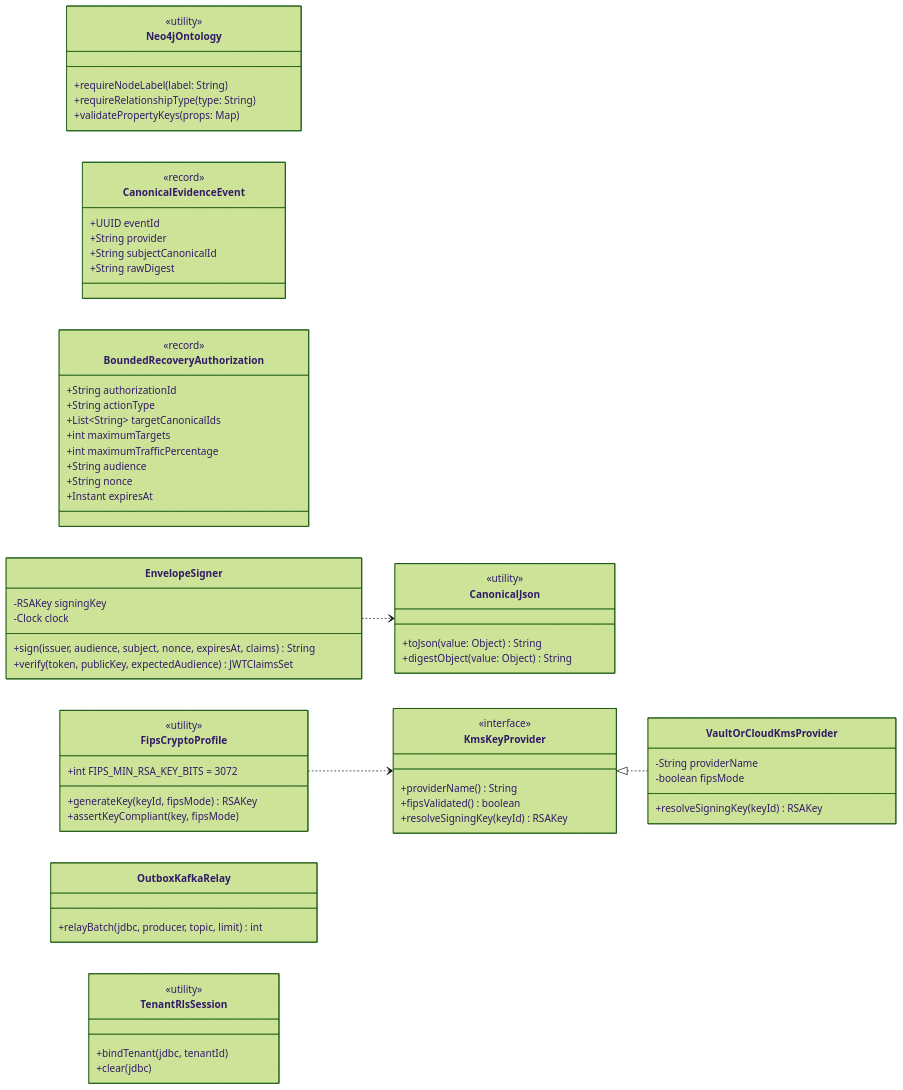
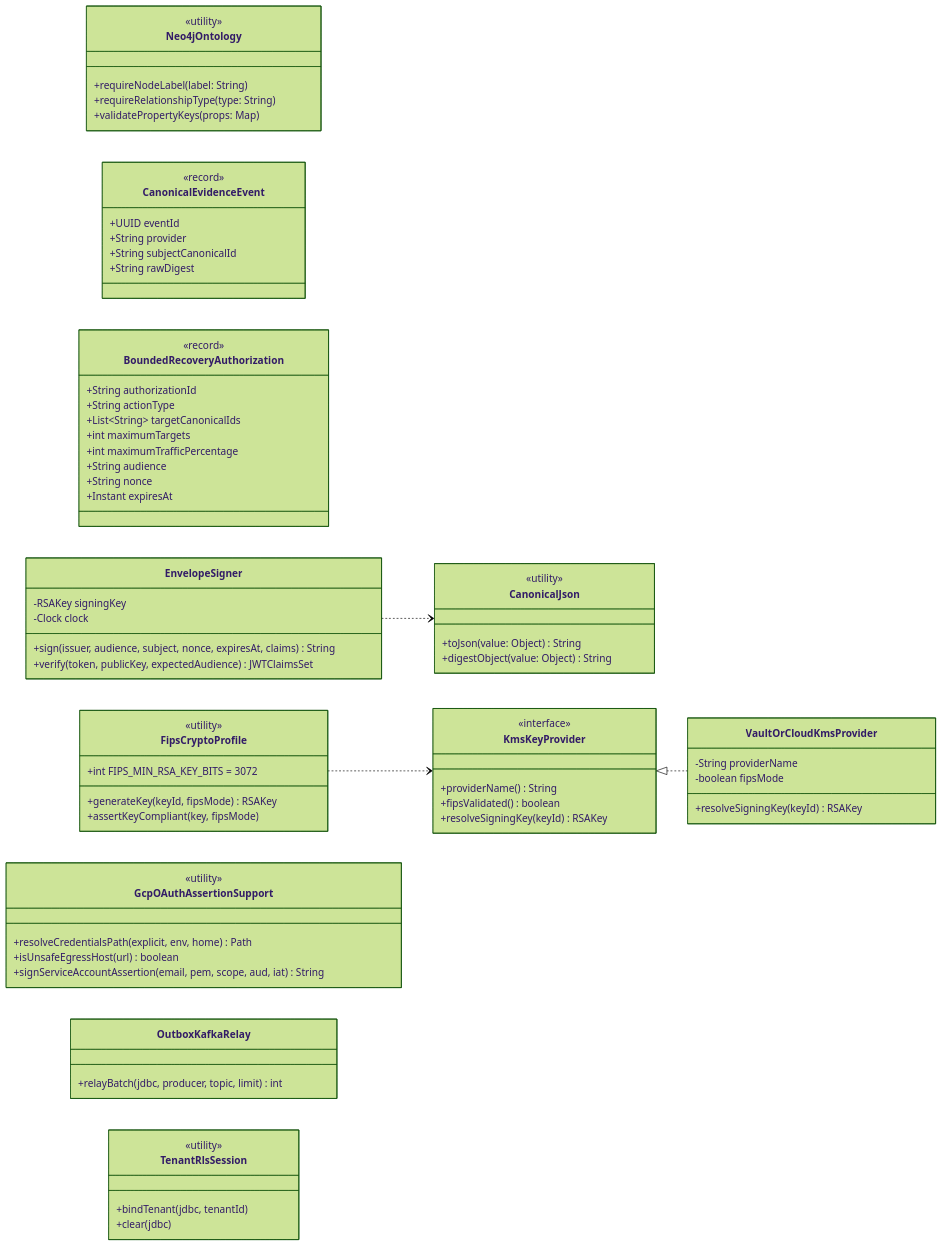
Before and after one commit to fenoch4real/uacrf-unified-adaptive-cloud-resilience-framework: the first of 6 diagrams in docs/diagrams/CLASS_DIAGRAMS.md, drawn with Mermaid (forest theme). The commit also changed other lines of this file and 4 other files, not shown here.

Commit message:
docs: align service specs, class diagrams, and README heading casing with current GCP & agent implementation

````diff
--- a/docs/diagrams/CLASS_DIAGRAMS.md
+++ b/docs/diagrams/CLASS_DIAGRAMS.md
@@ -10,68 +10,74 @@
 ```mermaid
 classDiagram
     direction LR
     class Neo4jOntology {
         <<utility>>
         +requireNodeLabel(label: String)
         +requireRelationshipType(type: String)
         +validatePropertyKeys(props: Map)
     }
     class CanonicalEvidenceEvent {
         <<record>>
         +UUID eventId
         +String provider
         +String subjectCanonicalId
         +String rawDigest
     }
     class BoundedRecoveryAuthorization {
         <<record>>
         +String authorizationId
         +String actionType
         +List~String~ targetCanonicalIds
         +int maximumTargets
         +int maximumTrafficPercentage
         +String audience
         +String nonce
         +Instant expiresAt
     }
     class CanonicalJson {
         <<utility>>
         +toJson(value: Object) String
         +digestObject(value: Object) String
     }
     class EnvelopeSigner {
         -RSAKey signingKey
         -Clock clock
         +sign(issuer, audience, subject, nonce, expiresAt, claims) String
         +verify(token, publicKey, expectedAudience) JWTClaimsSet
     }
     class FipsCryptoProfile {
         <<utility>>
         +int FIPS_MIN_RSA_KEY_BITS = 3072
         +generateKey(keyId, fipsMode) RSAKey
         +assertKeyCompliant(key, fipsMode)
     }
+    class GcpOAuthAssertionSupport {
+        <<utility>>
+        +resolveCredentialsPath(explicit, env, home) Path
+        +isUnsafeEgressHost(url) boolean
+        +signServiceAccountAssertion(email, pem, scope, aud, iat) String
+    }
     class KmsKeyProvider {
         <<interface>>
         +providerName() String
         +fipsValidated() boolean
         +resolveSigningKey(keyId) RSAKey
     }
     class VaultOrCloudKmsProvider {
         -String providerName
         -boolean fipsMode
         +resolveSigningKey(keyId) RSAKey
     }
     class OutboxKafkaRelay {
         +relayBatch(jdbc, producer, topic, limit) int
     }
     class TenantRlsSession {
         <<utility>>
         +bindTenant(jdbc, tenantId)
         +clear(jdbc)
     }
 
     KmsKeyProvider <|.. VaultOrCloudKmsProvider
     FipsCryptoProfile ..> KmsKeyProvider
     EnvelopeSigner ..> CanonicalJson
 ```
````
